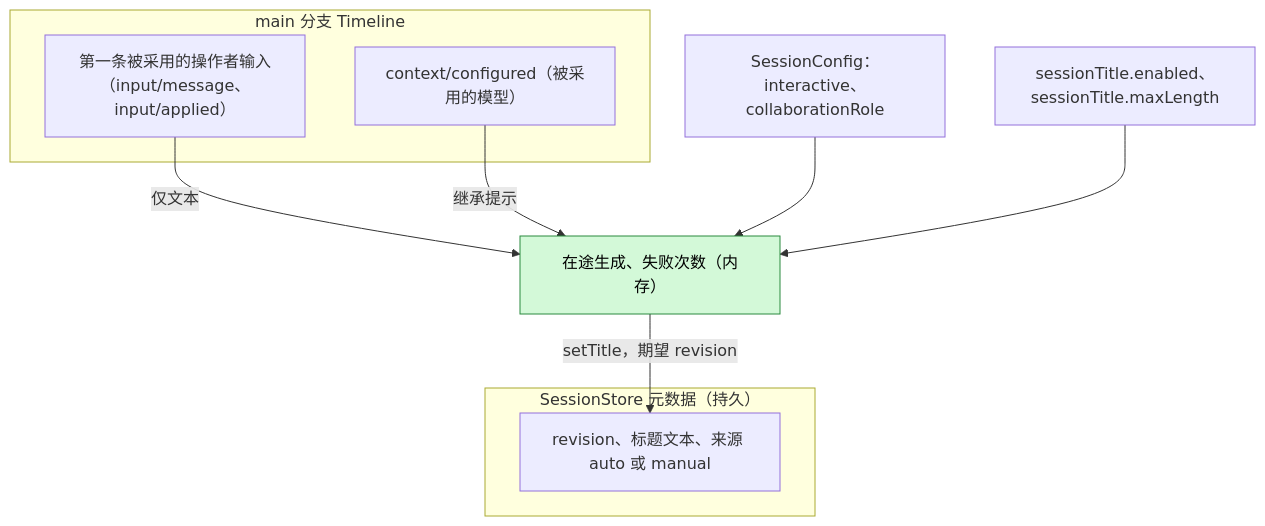
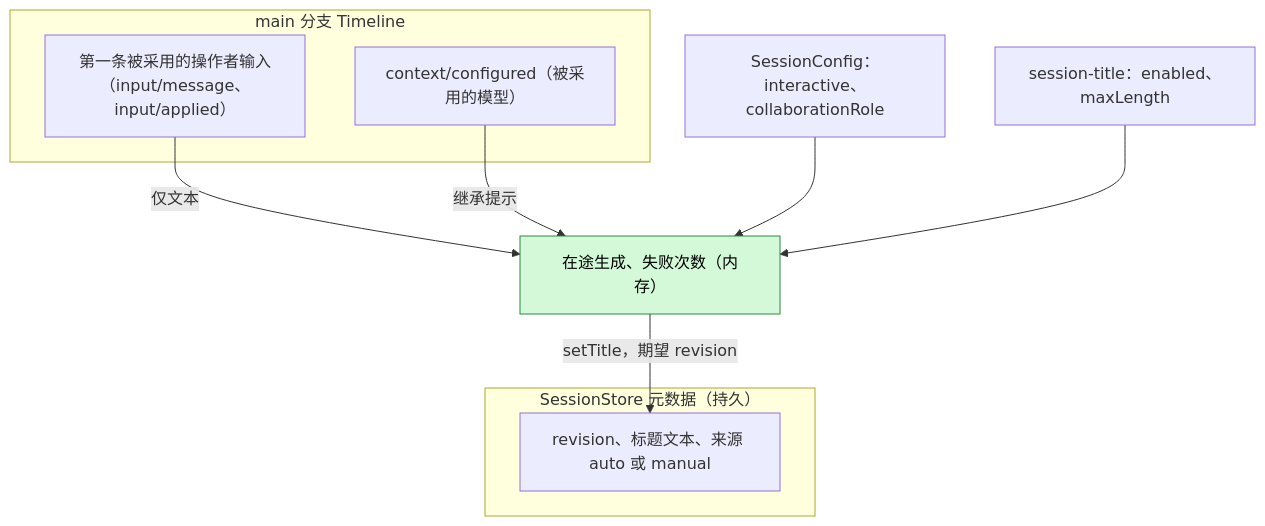
Before and after one commit to CoutinhoTTS/dim-agent: the second of 5 diagrams in docs/zh/design/plugins/SessionTitle.md, drawn with Mermaid. The commit also changed other lines of this file and 27 other files, not shown here.

````diff
--- a/docs/zh/design/plugins/SessionTitle.md
+++ b/docs/zh/design/plugins/SessionTitle.md
@@ -43,19 +43,19 @@
 ```mermaid
 flowchart TB
   subgraph TLM["main 分支 Timeline"]
     FUI["第一条被采用的操作者输入（input/message、input/applied）"]
     CC["context/configured（被采用的模型）"]
   end
   subgraph STORE["SessionStore 元数据（持久）"]
     MD["revision、标题文本、来源 auto 或 manual"]
   end
   CONF["SessionConfig：interactive、collaborationRole"]
-  CFG["sessionTitle.enabled、sessionTitle.maxLength"]
+  CFG["session-title：enabled、maxLength"]
   MEM["在途生成、失败次数（内存）"]:::new
   FUI -->|"仅文本"| MEM
   CC -->|"继承提示"| MEM
   CONF --> MEM
   CFG --> MEM
   MEM -->|"setTitle，期望 revision"| MD
   classDef new fill:#d3f9d8,stroke:#2b8a3e,color:#000
 ```
````
